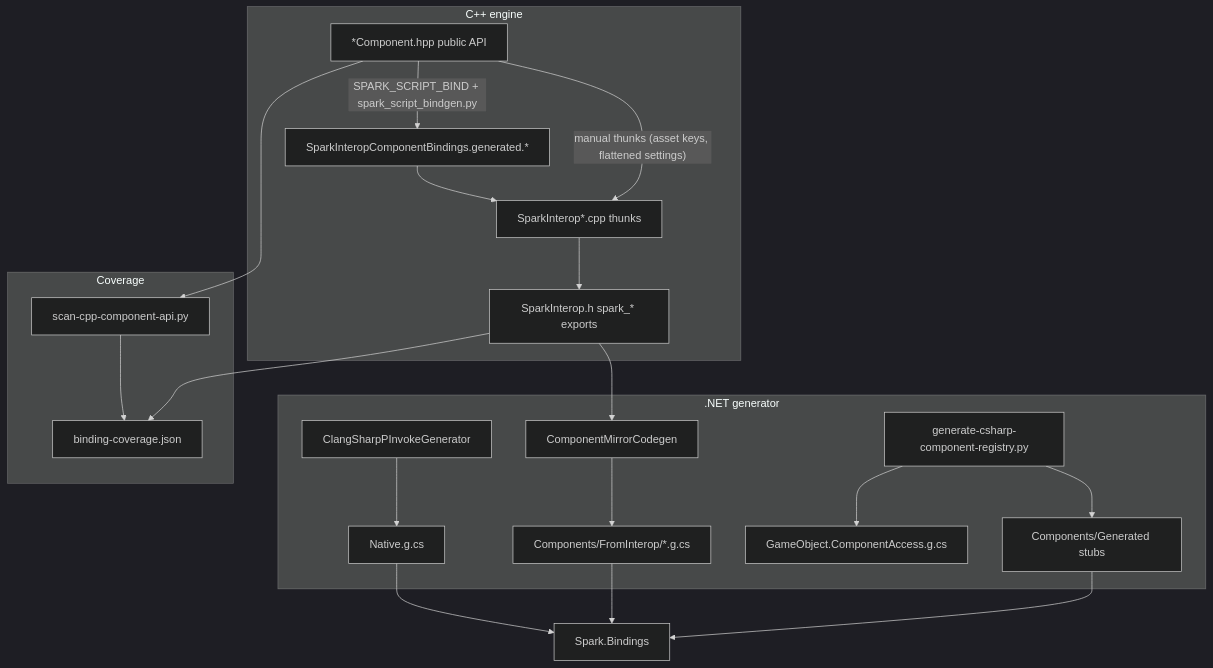
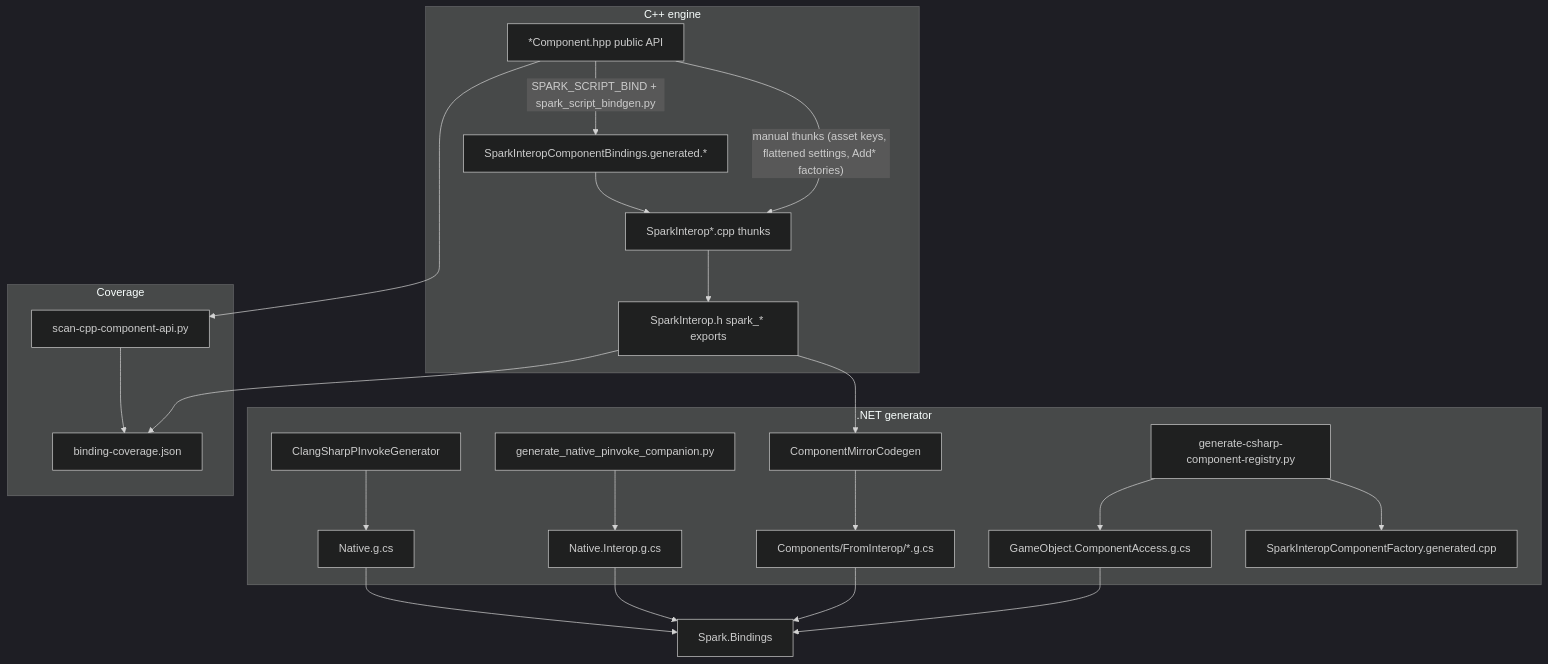
Before and after one commit to hoihky/spark: the diagram in docs/COMPONENT_SCRIPT_CODEGEN.md, drawn with Mermaid (dark theme). The commit also changed other lines of this file and 20 other files, not shown here.

````diff
--- a/docs/COMPONENT_SCRIPT_CODEGEN.md
+++ b/docs/COMPONENT_SCRIPT_CODEGEN.md
@@ -5,31 +5,34 @@
 ```mermaid
 flowchart TB
   subgraph cpp [C++ engine]
     HPP["*Component.hpp public API"]
     InteropH["SparkInterop.h spark_* exports"]
     InteropCpp["SparkInterop*.cpp thunks"]
     HPP -->|"SPARK_SCRIPT_BIND + spark_script_bindgen.py"| BindGen["SparkInteropComponentBindings.generated.*"]
     BindGen --> InteropCpp
-    HPP -->|"manual thunks (asset keys, flattened settings)"| InteropCpp
+    HPP -->|"manual thunks (asset keys, flattened settings, Add* factories)"| InteropCpp
     InteropCpp --> InteropH
   end
   subgraph gen [.NET generator]
     Clang["ClangSharpPInvokeGenerator"]
     Mirror["ComponentMirrorCodegen"]
     Reg["generate-csharp-component-registry.py"]
+    PInvoke["generate_native_pinvoke_companion.py"]
     Clang --> Native["Native.g.cs"]
+    PInvoke --> Companion["Native.Interop.g.cs"]
     InteropH --> Mirror
     Mirror --> CS["Components/FromInterop/*.g.cs"]
     Reg --> Access["GameObject.ComponentAccess.g.cs"]
-    Reg --> Stubs["Components/Generated stubs"]
+    Reg --> Factory["SparkInteropComponentFactory.generated.cpp"]
   end
   subgraph scan [Coverage]
     Scan["scan-cpp-component-api.py"]
     HPP --> Scan
     Scan --> Cov["binding-coverage.json"]
     InteropH --> Cov
   end
   Native --> Bindings["Spark.Bindings"]
+  Companion --> Bindings
   CS --> Bindings
-  Stubs --> Bindings
+  Access --> Bindings
 ```
````
